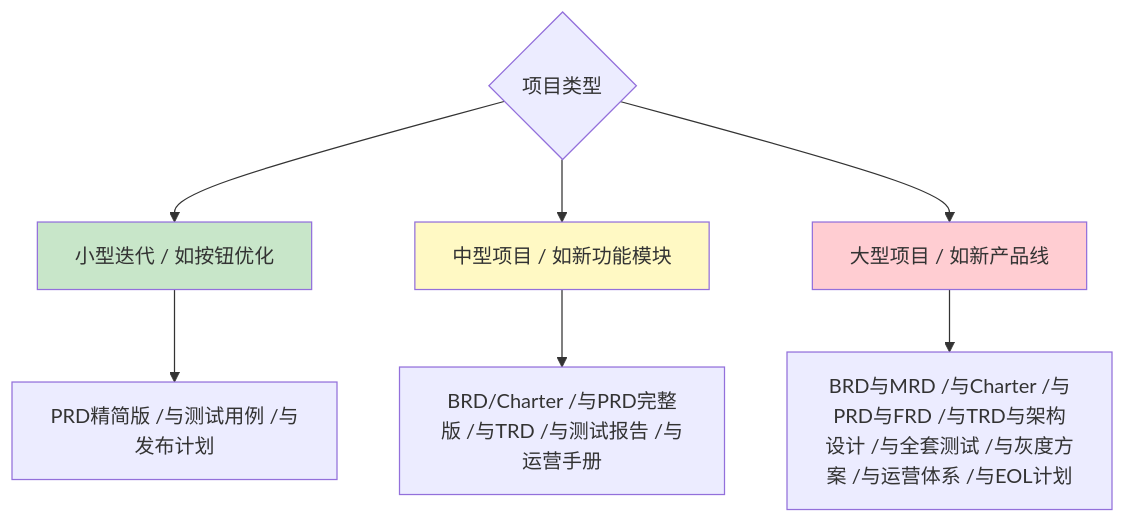
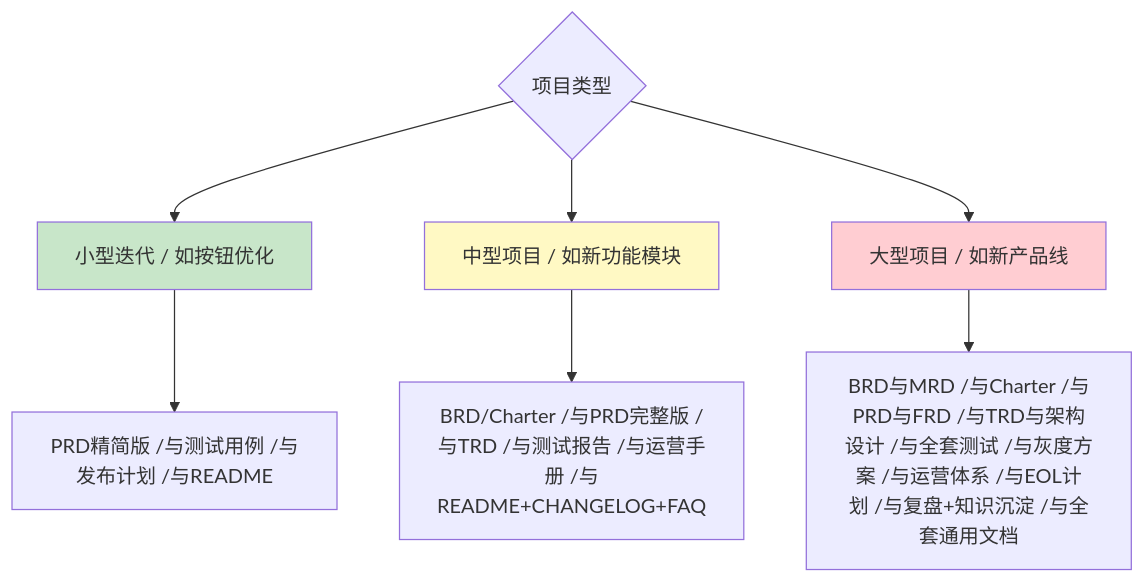
One commit to Kirky-X/cangjie changed the third of 4 diagrams in references/templates/产品/README.md. Above: the diagram before and after it, drawn with Mermaid. The commit also changed other lines of this file and 9 other files, not shown here.

````diff
--- a/references/templates/产品/README.md
+++ b/references/templates/产品/README.md
@@ -292,16 +424,16 @@
 ```mermaid
 flowchart TD
     A{项目类型} --> B[小型迭代 / 如按钮优化]
     A --> C[中型项目 / 如新功能模块]
     A --> D[大型项目 / 如新产品线]
 
-    B --> B1[PRD精简版 /与测试用例 /与发布计划]
+    B --> B1[PRD精简版 /与测试用例 /与发布计划 /与README]
 
-    C --> C1[BRD/Charter /与PRD完整版 /与TRD /与测试报告 /与运营手册]
+    C --> C1[BRD/Charter /与PRD完整版 /与TRD /与测试报告 /与运营手册 /与README+CHANGELOG+FAQ]
 
-    D --> D1[BRD与MRD /与Charter /与PRD与FRD /与TRD与架构设计 /与全套测试 /与灰度方案 /与运营体系 /与EOL计划]
+    D --> D1[BRD与MRD /与Charter /与PRD与FRD /与TRD与架构设计 /与全套测试 /与灰度方案 /与运营体系 /与EOL计划 /与复盘+知识沉淀 /与全套通用文档]
 
     style B fill:#c8e6c9
     style C fill:#fff9c4
     style D fill:#ffcdd2
 ```
````
